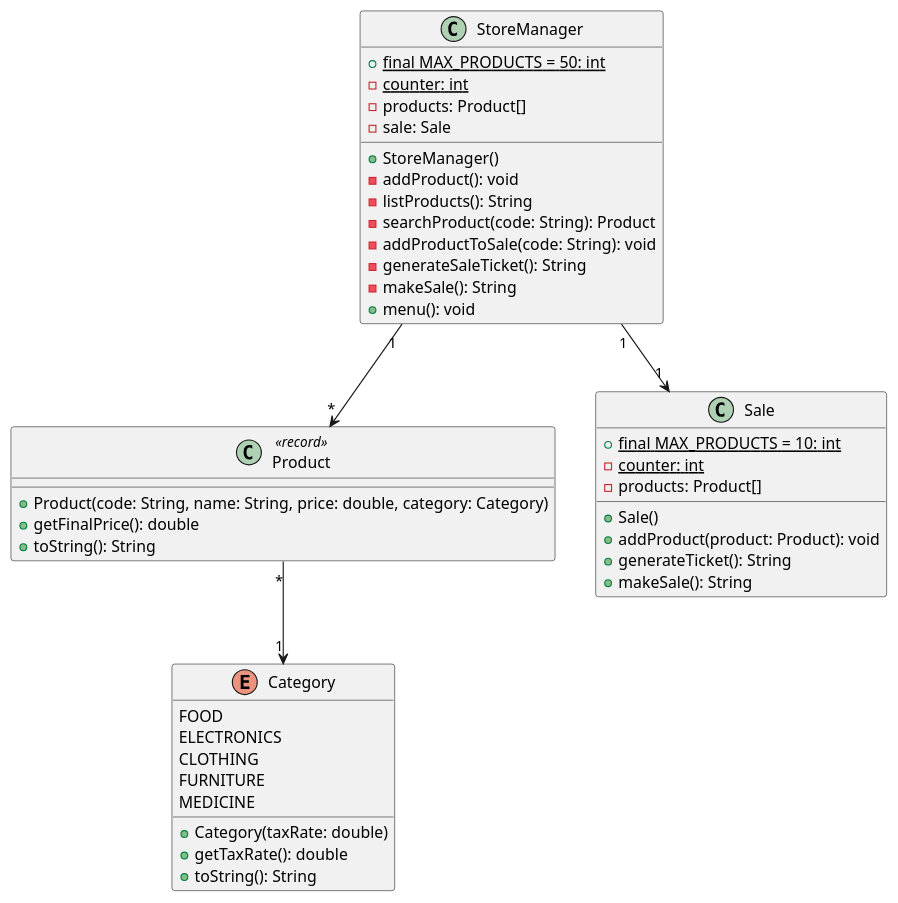
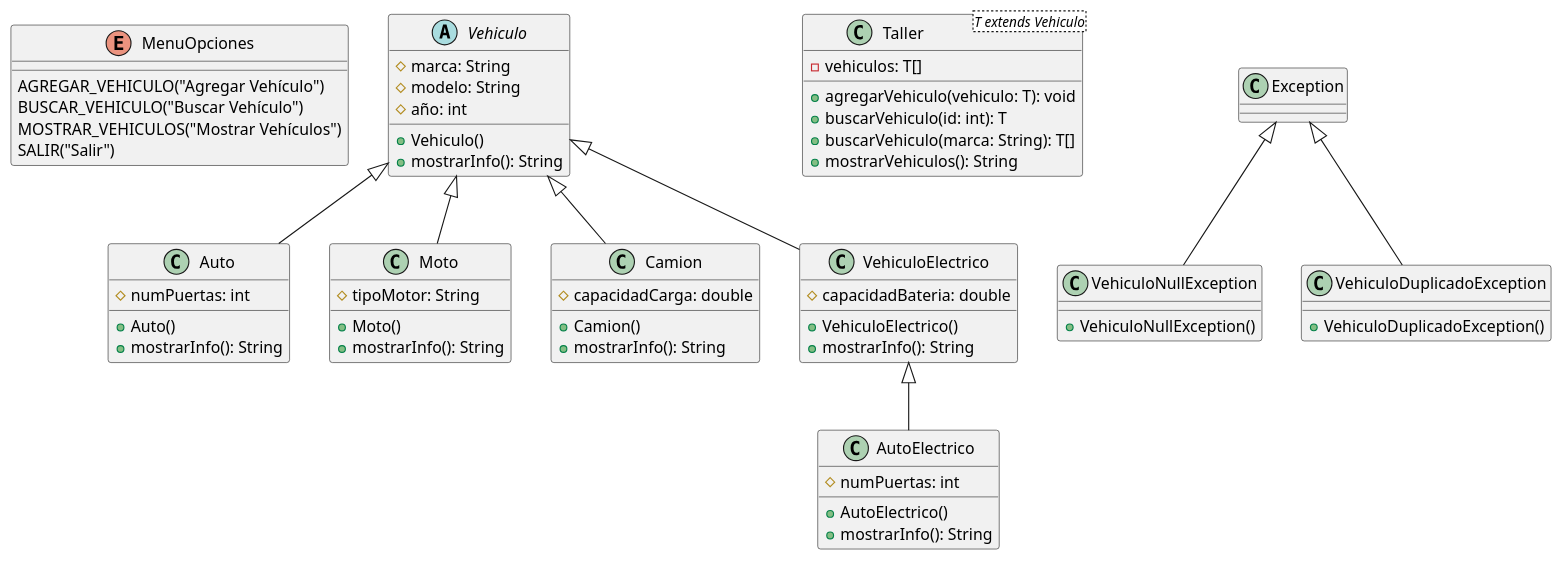
One commit to jesus-castro89/poo changed the diagram in Writerside/topics/ejemplo-6.md. Above: the diagram before and after it, drawn with PlantUML. The commit also changed other lines of this file and 3 other files, not shown here.

````diff
--- a/Writerside/topics/ejemplo-6.md
+++ b/Writerside/topics/ejemplo-6.md
@@ -125,49 +29,65 @@
 ```plantuml
-@startuml
-enum Category {
-    FOOD
-    ELECTRONICS
-    CLOTHING
-    FURNITURE
-    MEDICINE
-    + Category(taxRate: double)
-    + getTaxRate(): double
-    + toString(): String
+@startuml   
+
+enum MenuOpciones {
+    AGREGAR_VEHICULO("Agregar Vehículo")
+    BUSCAR_VEHICULO("Buscar Vehículo")
+    MOSTRAR_VEHICULOS("Mostrar Vehículos")
+    SALIR("Salir")
 }
 
-class Product<<record>> {
-    + Product(code: String, name: String, price: double, category: Category)
-    + getFinalPrice(): double
-    + toString(): String
+abstract class Vehiculo {
+    # marca: String
+    # modelo: String
+    # año: int
+    + Vehiculo()
+    + mostrarInfo(): String
 }
 
-class Sale {
-    + {static} final MAX_PRODUCTS = 10: int
-    - {static} counter: int
-    - products: Product[]
-    + Sale()
-    + addProduct(product: Product): void
-    + generateTicket(): String
-    + makeSale(): String
+class Auto extends Vehiculo {
+    # numPuertas: int
+    + Auto()
+    + mostrarInfo(): String
 }
 
-class StoreManager {
-    + {static} final MAX_PRODUCTS = 50: int
-    - {static} counter: int
-    - products: Product[]
-    - sale: Sale
-    + StoreManager()
-    - addProduct(): void
-    - listProducts(): String
-    - searchProduct(code: String): Product
-    - addProductToSale(code: String): void
-    - generateSaleTicket(): String
-    - makeSale(): String
-    + menu(): void
+class Moto extends Vehiculo {
+    # tipoMotor: String
+    + Moto()
+    + mostrarInfo(): String
 }
 
-Product "*" --> "1" Category
-StoreManager "1" --> "1" Sale
-StoreManager "1" --> "*" Product
+class Camion extends Vehiculo {
+    # capacidadCarga: double
+    + Camion()
+    + mostrarInfo(): String
+}
+
+class VehiculoElectrico extends Vehiculo {
+    # capacidadBateria: double
+    + VehiculoElectrico()
+    + mostrarInfo(): String
+}   
+
+class AutoElectrico extends VehiculoElectrico {
+    # numPuertas: int
+    + AutoElectrico()
+    + mostrarInfo(): String
+}
+
+class Taller<T extends Vehiculo> {
+    - vehiculos: T[]
+    + agregarVehiculo(vehiculo: T): void
+    + buscarVehiculo(id: int): T
+    + buscarVehiculo(marca: String): T[]
+    + mostrarVehiculos(): String
+}
+
+class VehiculoNullException extends Exception {
+    + VehiculoNullException()
+}
+
+class VehiculoDuplicadoException extends Exception {
+    + VehiculoDuplicadoException()
+}
 @enduml
 ```
````
